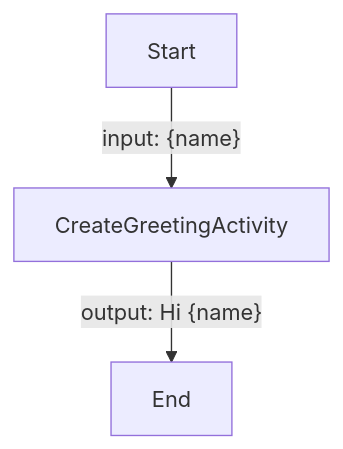
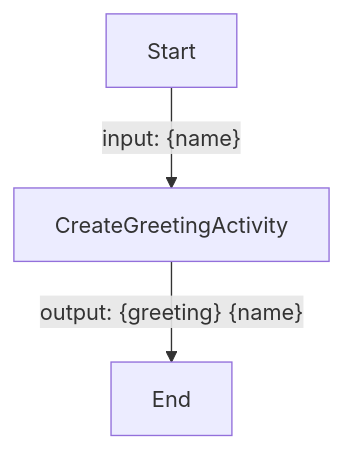
Before and after one commit to diagrid-labs/dapr-workflow-demos: the first of 6 diagrams in README.md, drawn with Mermaid. The commit also changed other lines of this file, not shown here.

````diff
--- a/README.md
+++ b/README.md
@@ -17,7 +17,7 @@
 ```mermaid
 graph TD
     A[Start]
     B[CreateGreetingActivity]
     C[End]
-    A -->|"input: {name}"| B -->|"output: Hi {name}"| C
+    A -->|"input: {name}"| B -->|"output: {greeting} {name}"| C
 ```
````
